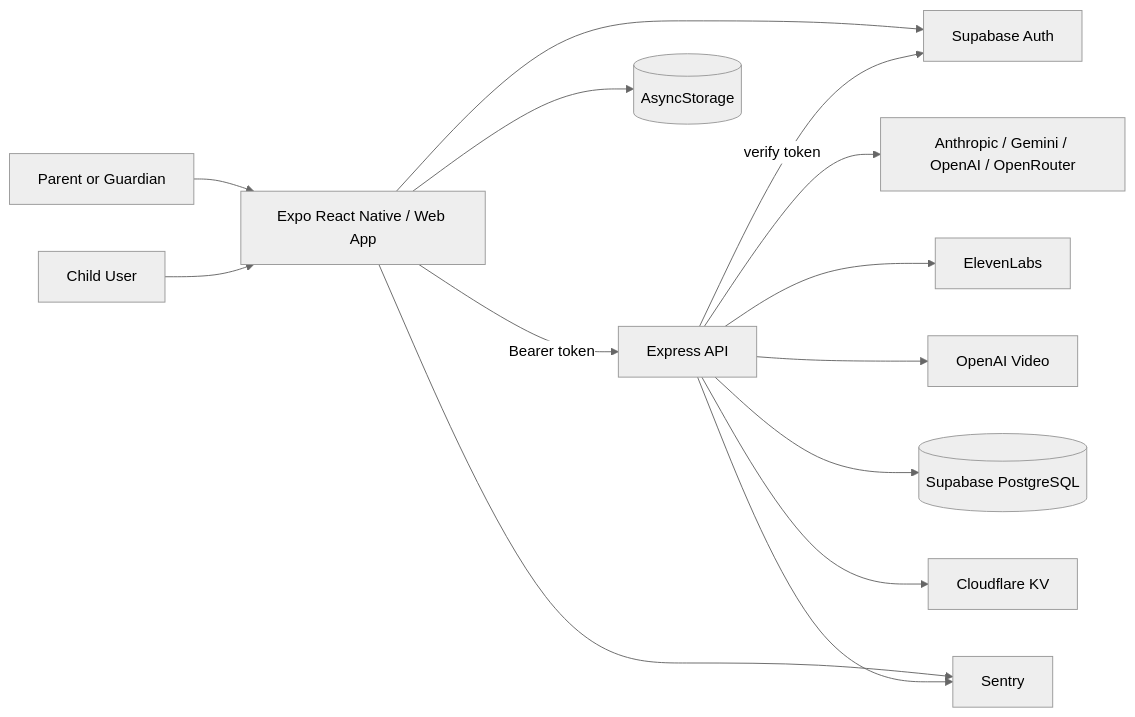
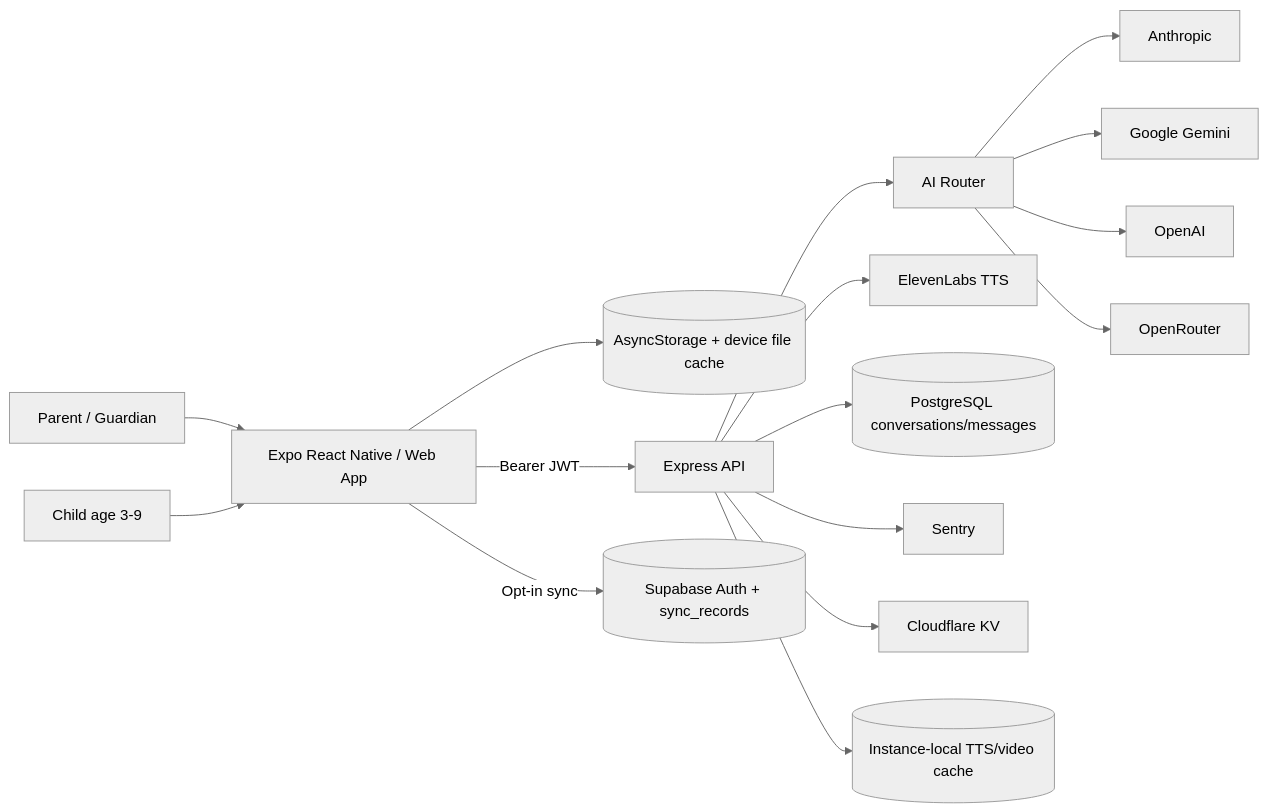
The first of 6 diagrams in docs/production-readiness/SYSTEM_ASSESSMENT.md (ChaosClubCo/Infinite-Heros-Bedtime-Chronicles-v5), drawn with Mermaid (neutral theme) before and after one commit. The commit also changed other lines of this file, not shown here.

````diff
--- a/docs/production-readiness/SYSTEM_ASSESSMENT.md
+++ b/docs/production-readiness/SYSTEM_ASSESSMENT.md
@@ -23,29 +21,18 @@
 ```mermaid
 flowchart LR
-    Parent[Parent or Guardian]
-    Child[Child User]
-    App[Expo React Native / Web App]
-    API[Express API]
-    Auth[Supabase Auth]
-    DB[(Supabase PostgreSQL)]
-    AI[Anthropic / Gemini / OpenAI / OpenRouter]
-    TTS[ElevenLabs]
-    Video[OpenAI Video]
-    KV[Cloudflare KV]
-    Sentry[Sentry]
-    Local[(AsyncStorage)]
-
-    Parent --> App
-    Child --> App
-    App --> Local
-    App -->|Bearer token| API
-    App --> Auth
-    API -->|verify token| Auth
-    API --> AI
-    API --> TTS
-    API --> Video
-    API --> DB
-    API --> KV
-    App --> Sentry
-    API --> Sentry
+  Parent[Parent / Guardian] --> App[Expo React Native / Web App]
+  Child[Child age 3-9] --> App
+  App --> Local[(AsyncStorage + device file cache)]
+  App -->|Bearer JWT| API[Express API]
+  App -->|Opt-in sync| Supa[(Supabase Auth + sync_records)]
+  API --> Router[AI Router]
+  Router --> Anthropic[Anthropic]
+  Router --> Gemini[Google Gemini]
+  Router --> OpenAI[OpenAI]
+  Router --> OpenRouter[OpenRouter]
+  API --> Eleven[ElevenLabs TTS]
+  API --> ChatDB[(PostgreSQL conversations/messages)]
+  API --> Sentry[Sentry]
+  API --> KV[Cloudflare KV]
+  API --> Media[(Instance-local TTS/video cache)]
 ```
````
